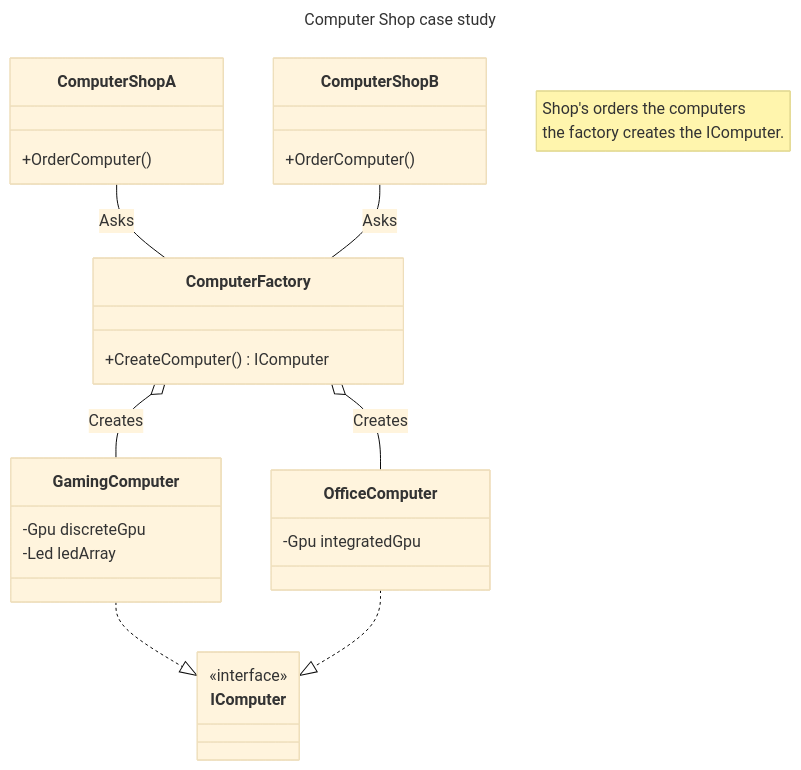
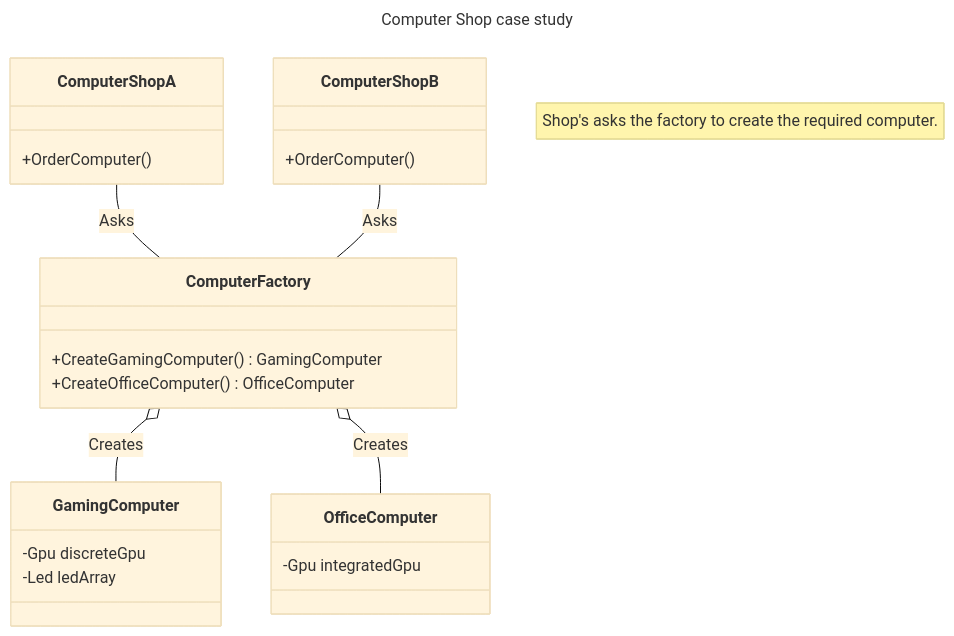
One commit to loknath2002/sw-arch-and-design-toolkit changed the second of 2 diagrams in docs/sw-design/desing-patterns/creational/factory-design-pattern.mdx. Above: the diagram before and after it, drawn with Mermaid (base theme). The commit also changed other lines of this file and 2 other files, not shown here.

Commit message:
Added Factory Pattern.

````diff
--- a/docs/sw-design/desing-patterns/creational/factory-design-pattern.mdx
+++ b/docs/sw-design/desing-patterns/creational/factory-design-pattern.mdx
@@ -48,33 +51,29 @@
 ```mermaid
 ---
 title: Computer Shop case study
 ---
 classDiagram
-    note "Shop's orders the computers
-    the factory creates the IComputer."
-    GamingComputer ..|> IComputer
-    OfficeComputer ..|> IComputer
+    note "Shop's asks the factory to create the required computer."
     ComputerFactory o-- GamingComputer : Creates
     ComputerFactory o-- OfficeComputer : Creates
     ComputerShopA -- ComputerFactory : Asks
     ComputerShopB -- ComputerFactory : Asks
     class ComputerShopA{
         +OrderComputer()
     }
 
     class ComputerShopB{
         +OrderComputer()
     }
-    class IComputer
-    <<interface>> IComputer
     class ComputerFactory{
-        +CreateComputer() IComputer
+        +CreateGamingComputer() GamingComputer
+        +CreateOfficeComputer() OfficeComputer
     }
     class GamingComputer{
         -Gpu discreteGpu
         -Led ledArray
     }
     class OfficeComputer{
         -Gpu integratedGpu
     }
 ```
````
